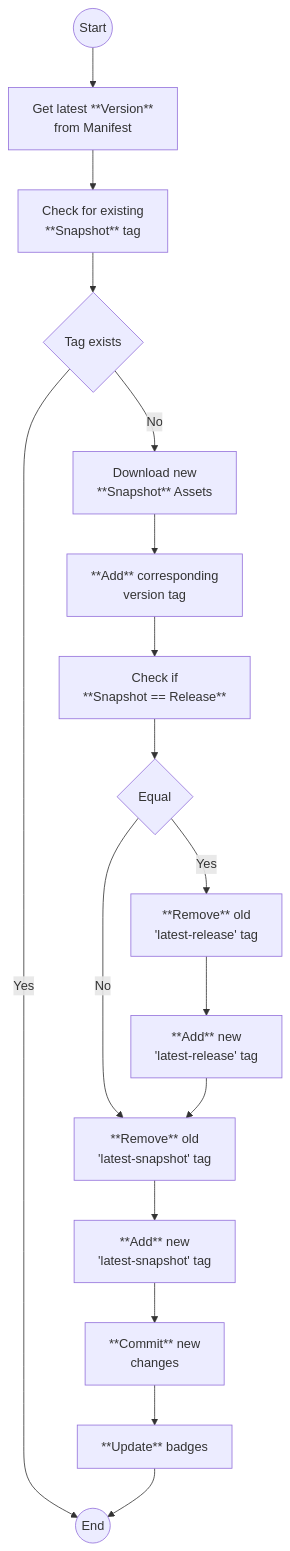
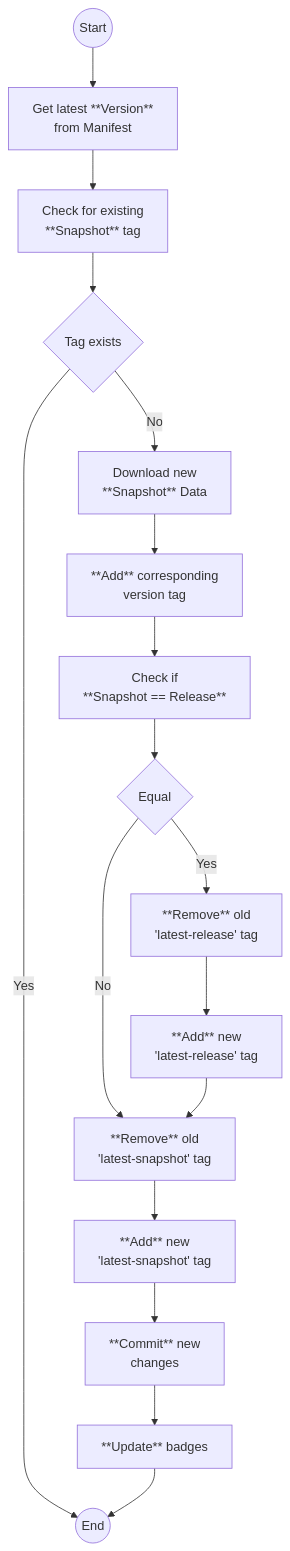
Before and after one commit to Datapack-Registry/default: the diagram in README.md, drawn with Mermaid.

````diff
--- a/README.md
+++ b/README.md
@@ -25,46 +25,46 @@
 ```mermaid
 flowchart TD
     START((Start))
     --> 
     A[Get latest **Version**<br>from Manifest]
     --> 
     B[Check for existing<br>**Snapshot** tag]
     -->
     TAG_EXISTS{Tag exists}
     -->
-    |No| TAG_EXISTS_NO-A[Download new<br>**Snapshot** Assets]
+    |No| TAG_EXISTS_NO-A[Download new<br>**Snapshot** Data]
     -->
     TAG_EXISTS_NO-B[**Add** corresponding<br>version tag]
     -->
     TAG_EXISTS_NO-C[Check if<br>**Snapshot == Release**]
     -->
     TAG_EXISTS_NO-EQUAL{Equal}
     -->
     |Yes| TAG_EXISTS_NO-EQUAL_YES-A[**Remove** old<br>'latest-release' tag]
     -->
     TAG_EXISTS_NO-EQUAL_YES-B[**Add** new<br>'latest-release' tag]
     
     TAG_EXISTS_NO-EQUAL
     -->
     |No| TAG_EXISTS_NO-D[**Remove** old<br>'latest-release' tag]
     
     TAG_EXISTS_NO-EQUAL_YES-B
     -->
     TAG_EXISTS_NO-D
 
     TAG_EXISTS_NO-D[**Remove** old<br>'latest-snapshot' tag]
     -->
     TAG_EXISTS_NO-E[**Add** new<br>'latest-snapshot' tag]
     -->
     TAG_EXISTS_NO-F[**Commit** new<br>changes]
     -->
     TAG_EXISTS_NO-G[**Update** badges]
 
     TAG_EXISTS
     -->
     |Yes| END
 
     TAG_EXISTS_NO-G
     -->
     END((End))
 ```
````
